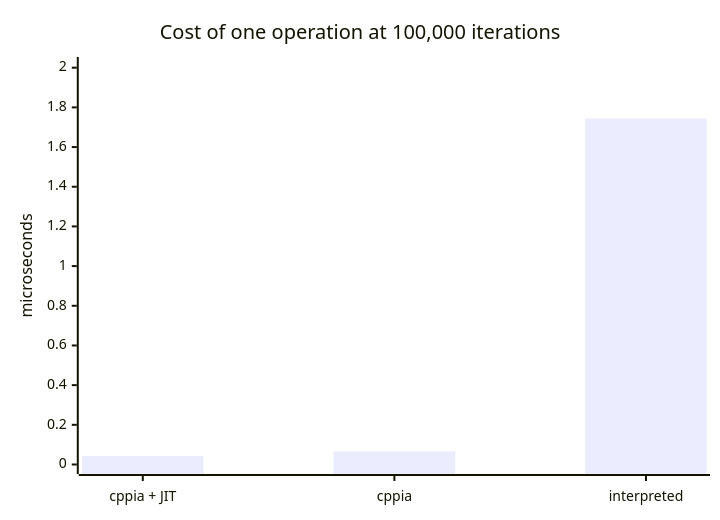
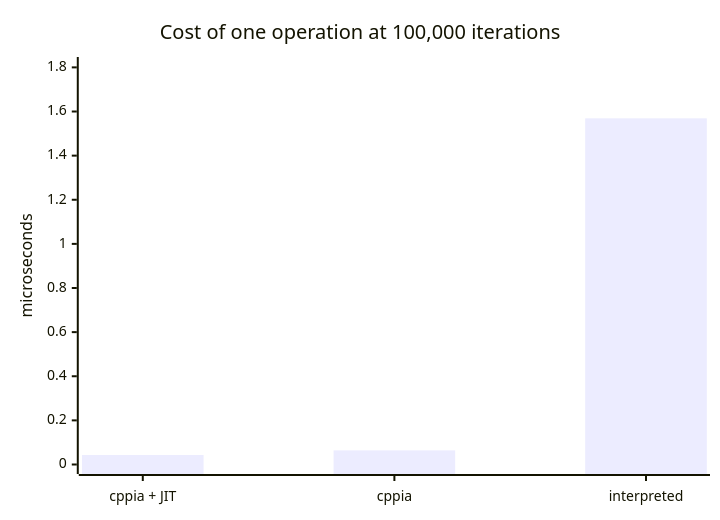
Before and after one commit to MeguminBOT/hxscript: the first of 2 diagrams in docs/mode-benchmarks.md, drawn with Mermaid. The commit also changed other lines of this file, not shown here.

````diff
--- a/docs/mode-benchmarks.md
+++ b/docs/mode-benchmarks.md
@@ -189,7 +189,7 @@
 ```mermaid
 xychart-beta
     title "Cost of one operation at 100,000 iterations"
     x-axis ["cppia + JIT", "cppia", "interpreted"]
-    y-axis "microseconds" 0 --> 2.006
-    bar [0.043, 0.067, 1.744]
+    y-axis "microseconds" 0 --> 1.804
+    bar [0.043, 0.064, 1.569]
 ```
````
